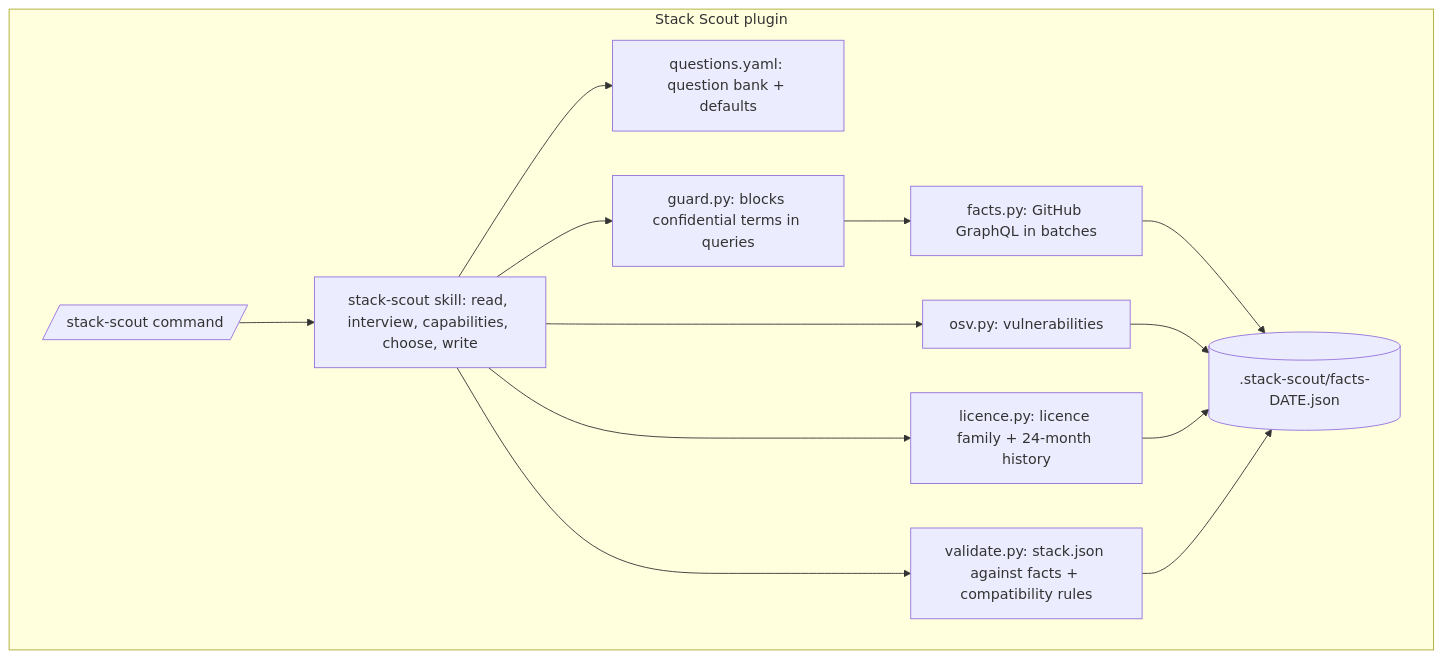
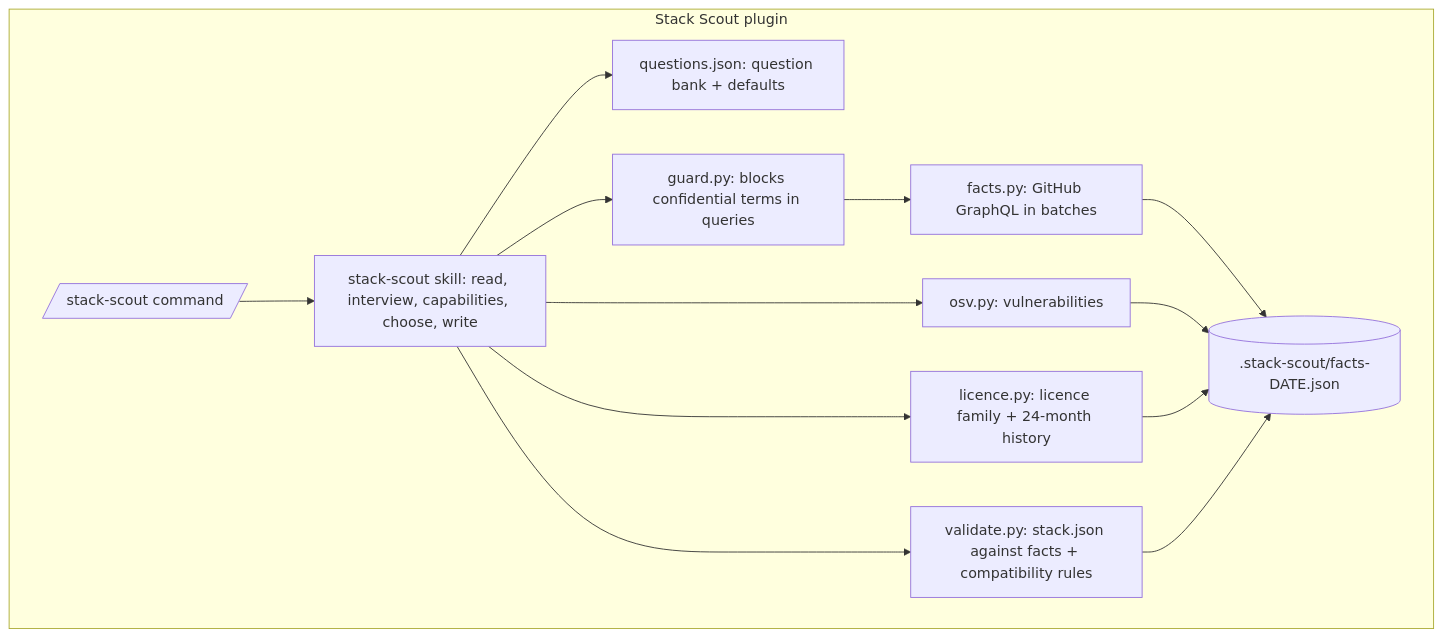
The second of 3 diagrams in docs/orbit/architecture.md (TechNaom/stack-scout), drawn with Mermaid before and after one commit. The commit also changed other lines of this file and 3 other files, not shown here.

Commit message:
Blueprint: cold read answered in architecture.md (JSON not YAML, schemas first, guard enforced in code, named parts); waiting for the owner's approval

````diff
--- a/docs/orbit/architecture.md
+++ b/docs/orbit/architecture.md
@@ -30,16 +30,16 @@
 ```mermaid
 flowchart TB
   subgraph plugin[Stack Scout plugin]
     cmd[/stack-scout command/] --> skill[stack-scout skill: read, interview, capabilities, choose, write]
-    skill --> qb[questions.yaml: question bank + defaults]
+    skill --> qb[questions.json: question bank + defaults]
     skill --> guard[guard.py: blocks confidential terms in queries]
     guard --> facts[facts.py: GitHub GraphQL in batches]
     skill --> osvpy[osv.py: vulnerabilities]
     skill --> lic[licence.py: licence family + 24-month history]
     skill --> val[validate.py: stack.json against facts + compatibility rules]
     facts --> cache[(.stack-scout/facts-DATE.json)]
     osvpy --> cache
     lic --> cache
     val --> cache
   end
 ```
````
